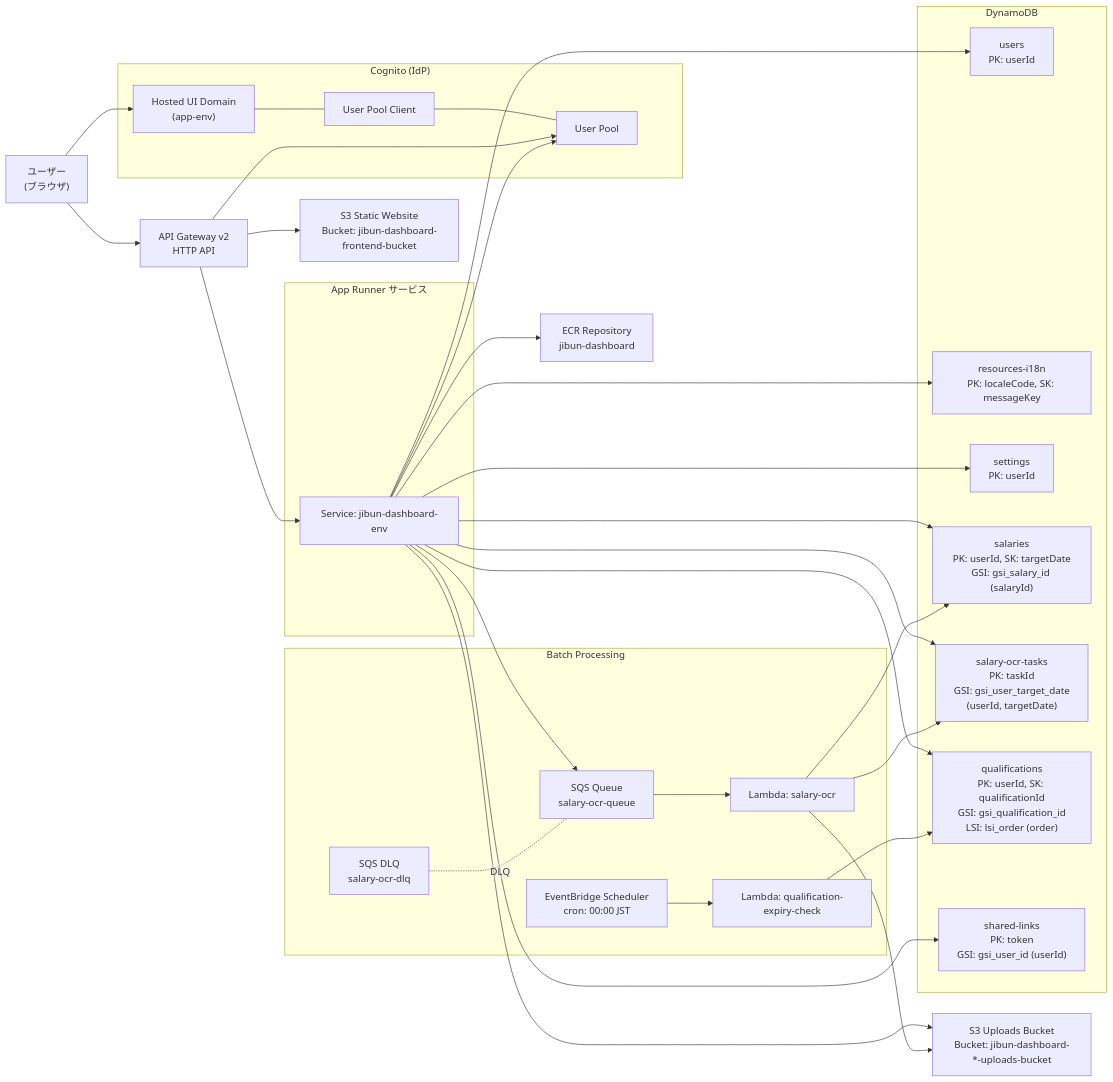
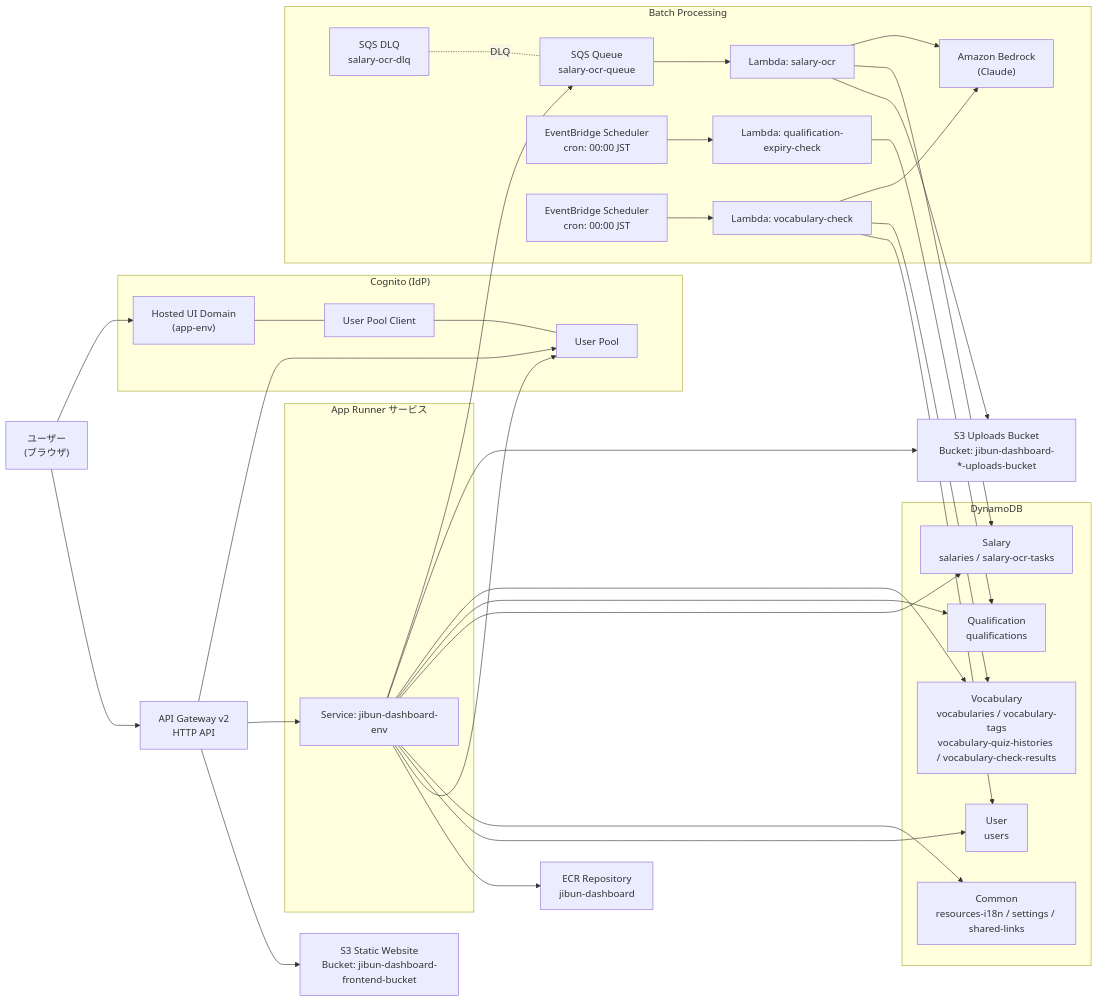
Before and after one commit to mori-akira/jibun-dashboard: the first of 3 diagrams in doc/04.infra/diagram.md, drawn with Mermaid.

````diff
--- a/doc/04.infra/diagram.md
+++ b/doc/04.infra/diagram.md
@@ -3,77 +3,82 @@
 ```mermaid
 %%{init: {'flowchart': {'htmlLabels': false}} }%%
 flowchart LR
 
   U["ユーザー<br>(ブラウザ)"]
 
   AGW["API Gateway v2<br>HTTP API"]
 
   S3_FRONT["S3 Static Website<br>Bucket: jibun-dashboard-frontend-bucket"]
   S3_UP["S3 Uploads Bucket<br>Bucket: jibun-dashboard-*-uploads-bucket"]
 
   subgraph COG["Cognito (IdP)"]
     CPool["User Pool"]
     CClient["User Pool Client"]
     CDomain["Hosted UI Domain<br>(app-env)"]
   end
 
   subgraph AR["App Runner サービス"]
     ARS["Service: jibun-dashboard-env"]
   end
 
   ECR["ECR Repository<br>jibun-dashboard"]
 
   subgraph DDB["DynamoDB"]
-    DUsers["users<br>PK: userId"]
-    DR18n["resources-i18n<br>PK: localeCode, SK: messageKey"]
-    DSettings["settings<br>PK: userId"]
-    DSalaries["salaries<br>PK: userId, SK: targetDate<br>GSI: gsi_salary_id (salaryId)"]
-    DOcrTasks["salary-ocr-tasks<br>PK: taskId<br>GSI: gsi_user_target_date<br>(userId, targetDate)"]
-    DQual["qualifications<br>PK: userId, SK: qualificationId<br>GSI: gsi_qualification_id<br>LSI: lsi_order (order)"]
-    DSharedLinks["shared-links<br>PK: token<br>GSI: gsi_user_id (userId)"]
+    DDBU["User<br>users"]
+    DDBC["Common<br>resources-i18n / settings / shared-links"]
+    DDBS["Salary<br>salaries / salary-ocr-tasks"]
+    DDBQ["Qualification<br>qualifications"]
+    DDBV["Vocabulary<br>vocabularies / vocabulary-tags<br>vocabulary-quiz-histories / vocabulary-check-results"]
   end
 
   subgraph BATCH["Batch Processing"]
     Q_DLQ["SQS DLQ<br>salary-ocr-dlq"]
     Q_MAIN["SQS Queue<br>salary-ocr-queue"]
     L_SAL["Lambda: salary-ocr"]
     SCH_EXP["EventBridge Scheduler<br>cron: 00:00 JST"]
     L_EXP["Lambda: qualification-expiry-check"]
+    SCH_VOCAB["EventBridge Scheduler<br>cron: 00:00 JST"]
+    L_VOCAB["Lambda: vocabulary-check"]
+    BED["Amazon Bedrock<br>(Claude)"]
   end
 
   %% ルーティング（リンクラベル無し）
   U --> AGW
   AGW --> S3_FRONT
   AGW --> ARS
 
   %% 認証フロー（概略）
   U --> CDomain
   CDomain --- CClient
   CClient --- CPool
   AGW --> CPool
 
   %% バックエンド依存
   ARS --> ECR
   ARS --> CPool
-  ARS --> DUsers
-  ARS --> DR18n
-  ARS --> DSettings
-  ARS --> DSalaries
-  ARS --> DQual
-  ARS --> DOcrTasks
-  ARS --> DSharedLinks
+  ARS --> DDBU
+  ARS --> DDBC
+  ARS --> DDBS
+  ARS --> DDBQ
+  ARS --> DDBV
   ARS --> S3_UP
 
   %% 給与OCRバッチフロー
   ARS --> Q_MAIN
   Q_MAIN --> L_SAL
   Q_DLQ -. DLQ .- Q_MAIN
 
   L_SAL --> S3_UP
-  L_SAL --> DSalaries
-  L_SAL --> DOcrTasks
+  L_SAL --> DDBS
+  L_SAL --> BED
 
   %% 資格期限確認バッチフロー
   SCH_EXP --> L_EXP
-  L_EXP --> DQual
+  L_EXP --> DDBQ
+
+  %% ボキャブラリーチェックバッチフロー
+  SCH_VOCAB --> L_VOCAB
+  L_VOCAB --> DDBU
+  L_VOCAB --> DDBV
+  L_VOCAB --> BED
 ```
````
